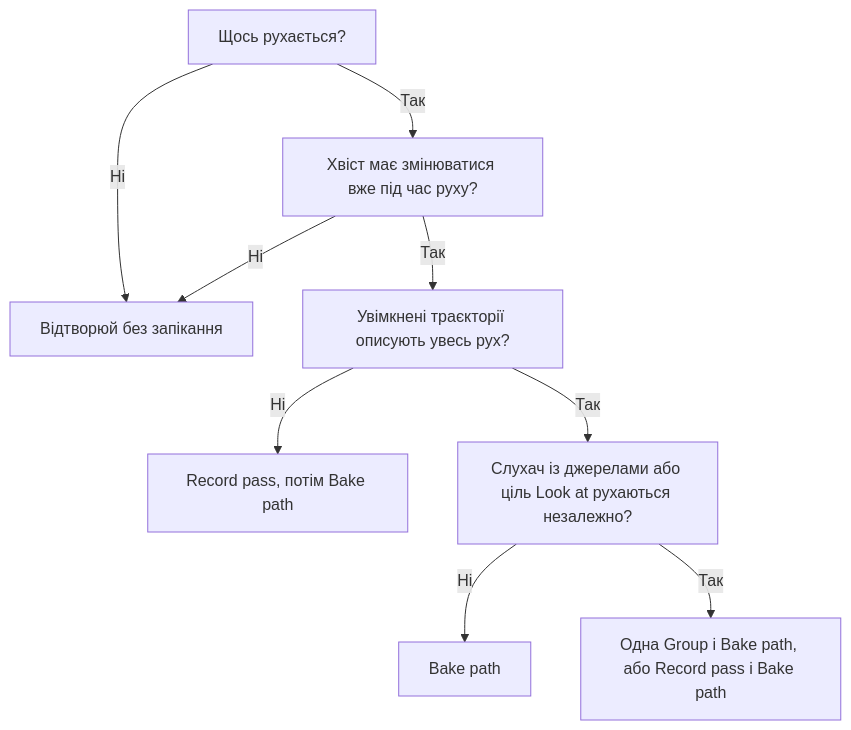
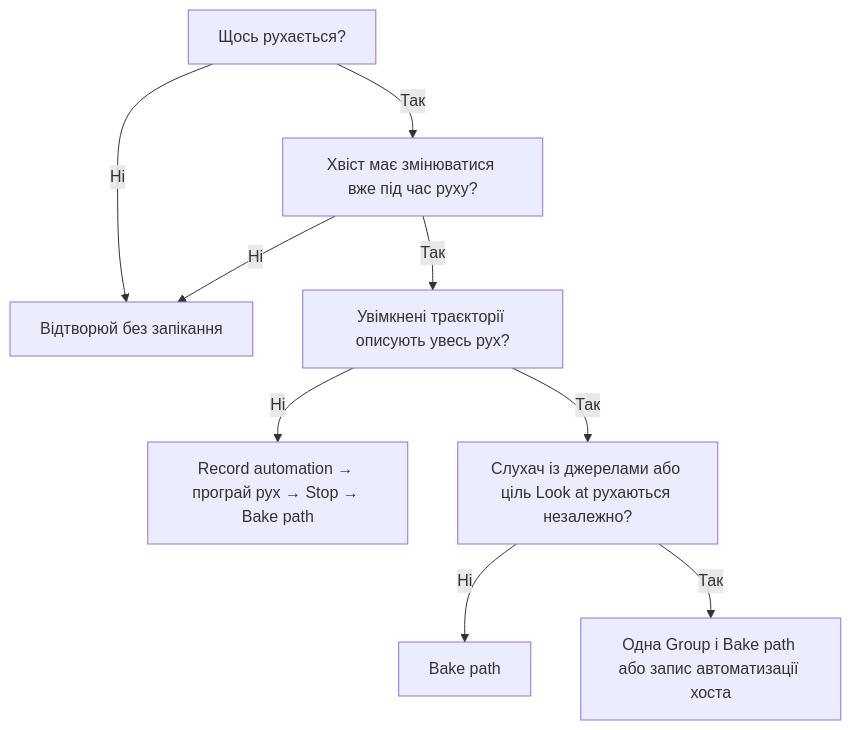
One commit to Bodzijun/sbp-verb-room changed the diagram in docs/Manual_uk.md. Above: the diagram before and after it, drawn with Mermaid. The commit also changed other lines of this file and 70 other files, not shown here.

Commit message:
Release 0.2.3: corner magnet and Join corners, Ambisonics normalization and level, clearer Record/Bake controls, small-window fixes

````diff
--- a/docs/Manual_uk.md
+++ b/docs/Manual_uk.md
@@ -177,11 +191,11 @@
 ```mermaid
 flowchart TD
     A["Щось рухається?"] -->|Ні| B["Відтворюй без запікання"]
     A -->|Так| C["Хвіст має змінюватися вже під час руху?"]
     C -->|Ні| B
     C -->|Так| D["Увімкнені траєкторії описують увесь рух?"]
-    D -->|Ні| E["Record pass, потім Bake path"]
+    D -->|Ні| E["Record automation → програй рух → Stop → Bake path"]
     D -->|Так| F["Слухач із джерелами або ціль Look at рухаються незалежно?"]
     F -->|Ні| G["Bake path"]
-    F -->|Так| H["Одна Group і Bake path, або Record pass і Bake path"]
+    F -->|Так| H["Одна Group і Bake path або запис автоматизації хоста"]
 ```
````
